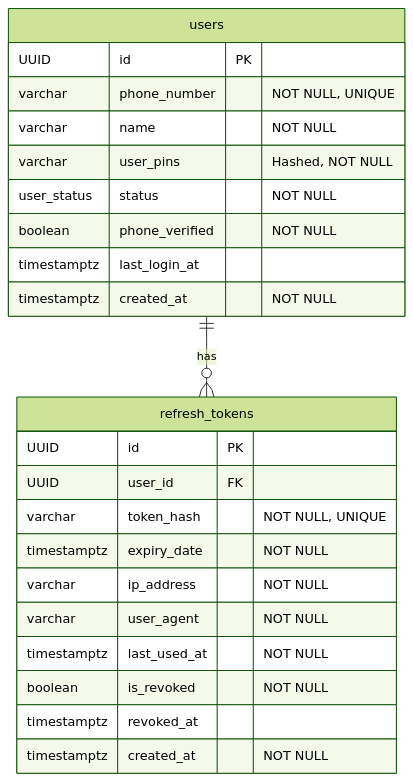
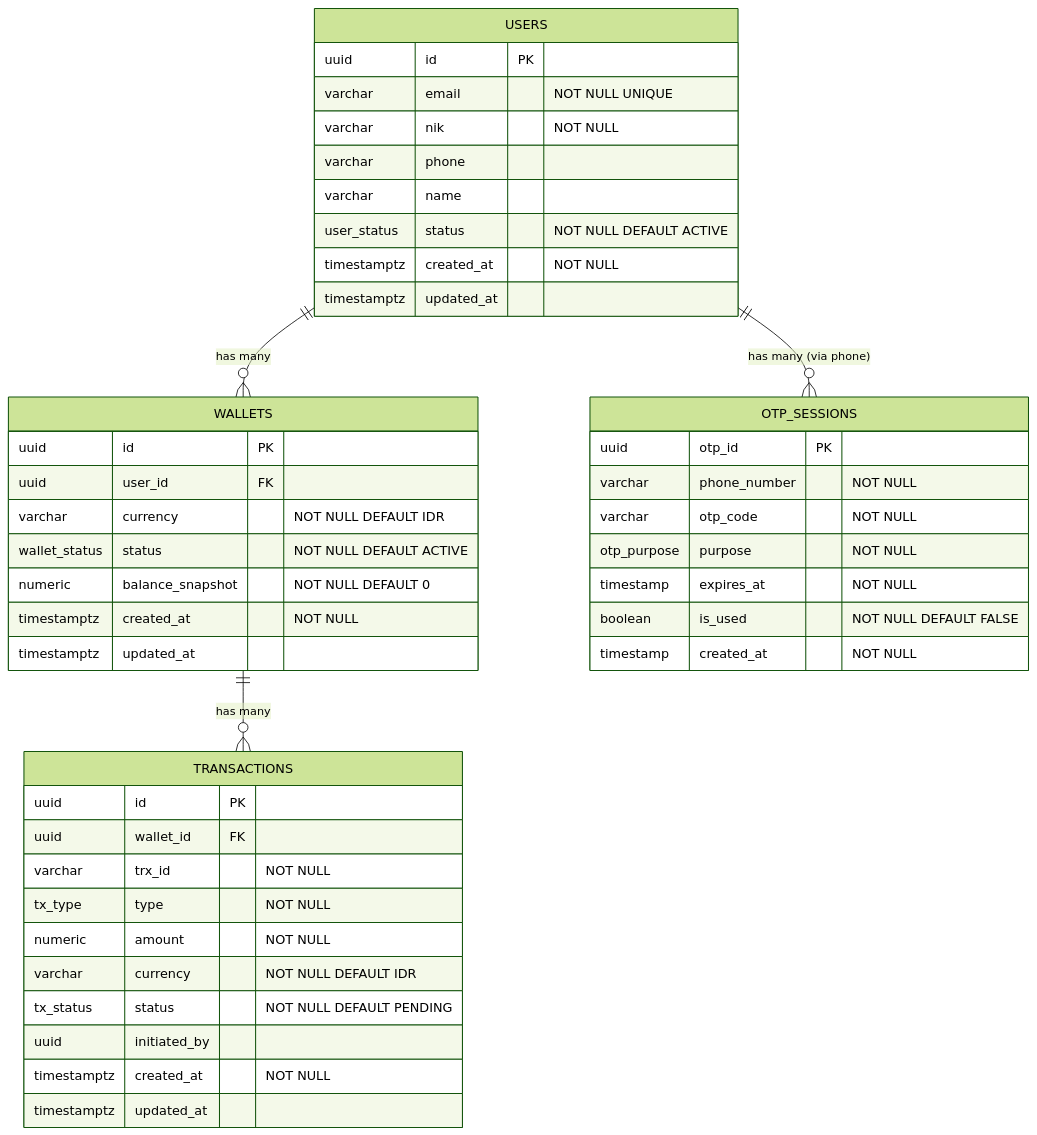
One commit to group-2-odp-bni/be-capstone-project changed the diagram in readme.md. Above: the diagram before and after it, drawn with Mermaid (forest theme). The commit also changed other lines of this file, not shown here.

````diff
--- a/readme.md
+++ b/readme.md
@@ -129,28 +293,51 @@
 ```mermaid
 erDiagram
-    users {
-        UUID id PK
-        varchar phone_number "NOT NULL, UNIQUE"
-        varchar name "NOT NULL"
-        varchar user_pins "Hashed, NOT NULL"
-        user_status status "NOT NULL"
-        boolean phone_verified "NOT NULL"
-        timestamptz last_login_at
+    USERS {
+        uuid id PK
+        varchar email "NOT NULL UNIQUE"
+        varchar nik "NOT NULL"
+        varchar phone
+        varchar name
+        user_status status "NOT NULL DEFAULT ACTIVE"
         timestamptz created_at "NOT NULL"
+        timestamptz updated_at
     }
 
-    refresh_tokens {
-        UUID id PK
-        UUID user_id FK
-        varchar token_hash "NOT NULL, UNIQUE"
-        timestamptz expiry_date "NOT NULL"
-        varchar ip_address "NOT NULL"
-        varchar user_agent "NOT NULL"
-        timestamptz last_used_at "NOT NULL"
-        boolean is_revoked "NOT NULL"
-        timestamptz revoked_at
+    WALLETS {
+        uuid id PK
+        uuid user_id FK
+        varchar currency "NOT NULL DEFAULT IDR"
+        wallet_status status "NOT NULL DEFAULT ACTIVE"
+        numeric balance_snapshot "NOT NULL DEFAULT 0"
         timestamptz created_at "NOT NULL"
+        timestamptz updated_at
     }
 
-    users ||--o{ refresh_tokens : "has"
+    TRANSACTIONS {
+        uuid id PK
+        uuid wallet_id FK
+        varchar trx_id "NOT NULL"
+        tx_type type "NOT NULL"
+        numeric amount "NOT NULL"
+        varchar currency "NOT NULL DEFAULT IDR"
+        tx_status status "NOT NULL DEFAULT PENDING"
+        uuid initiated_by
+        timestamptz created_at "NOT NULL"
+        timestamptz updated_at
+    }
+
+    OTP_SESSIONS {
+        uuid otp_id PK
+        varchar phone_number "NOT NULL"
+        varchar otp_code "NOT NULL"
+        otp_purpose purpose "NOT NULL"
+        timestamp expires_at "NOT NULL"
+        boolean is_used "NOT NULL DEFAULT FALSE"
+        timestamp created_at "NOT NULL"
+    }
+
+    USERS ||--o{ WALLETS: "has many"
+    WALLETS ||--o{ TRANSACTIONS: "has many"
+    USERS ||--o{ OTP_SESSIONS: "has many (via phone)"
+
 ```
````
